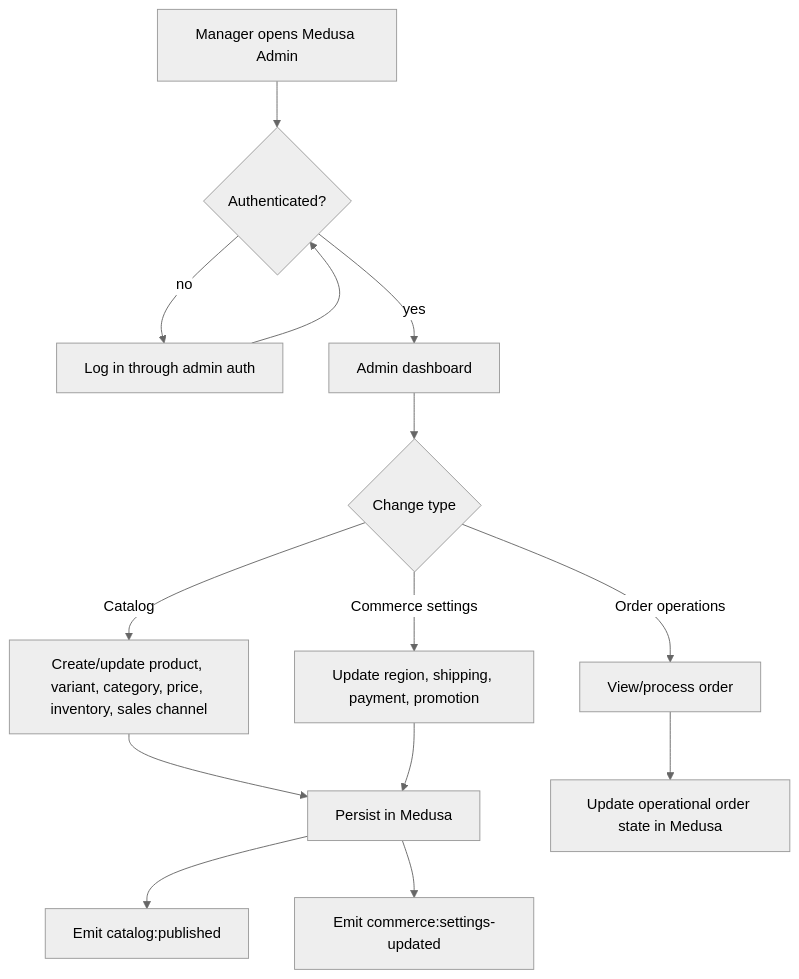
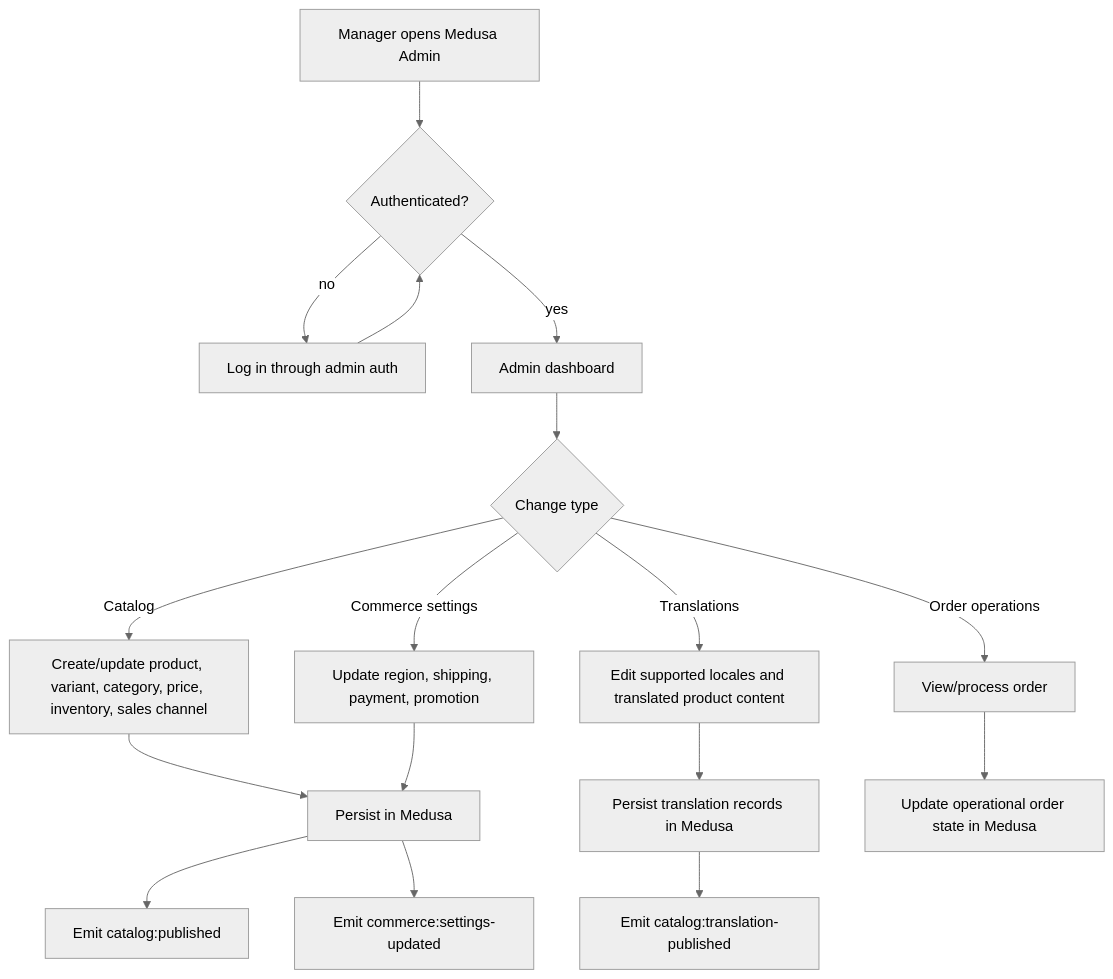
Before and after one commit to AtoshaKartosha/sunluk: the first of 3 diagrams in flows/features/admin-operations.md, drawn with Mermaid (neutral theme). The commit also changed other lines of this file and 27 other files, not shown here.

Commit message:
feat(catalog): add localized product content flow

````diff
--- a/flows/features/admin-operations.md
+++ b/flows/features/admin-operations.md
@@ -47,16 +49,19 @@
 ```mermaid
 flowchart TD
   Start[Manager opens Medusa Admin] --> Auth{Authenticated?}
   Auth -->|no| Login[Log in through admin auth]
   Login --> Auth
   Auth -->|yes| Dashboard[Admin dashboard]
   Dashboard --> ChangeType{Change type}
   ChangeType -->|Catalog| Catalog[Create/update product, variant, category, price, inventory, sales channel]
+  ChangeType -->|Translations| Translations[Edit supported locales and translated product content]
   ChangeType -->|Commerce settings| Settings[Update region, shipping, payment, promotion]
   ChangeType -->|Order operations| Orders[View/process order]
   Catalog --> Publish[Persist in Medusa]
+  Translations --> PublishTranslations[Persist translation records in Medusa]
   Settings --> Publish
   Publish --> NotifyCatalog[Emit catalog:published]
+  PublishTranslations --> NotifyLocalization[Emit catalog:translation-published]
   Publish --> NotifyCheckout[Emit commerce:settings-updated]
   Orders --> OrderState[Update operational order state in Medusa]
 ```
````
